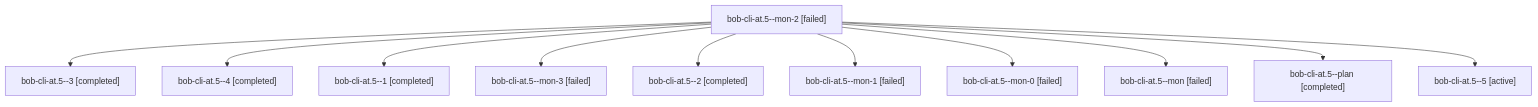
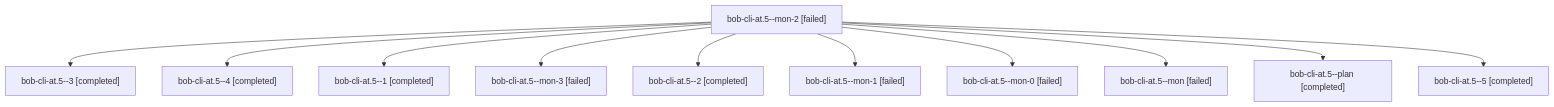
One commit to bobs-org/bob-cli--agents changed the diagram in sessions/bbugyi200.athena.bob-cli-at.5.md. Above: the diagram before and after it, drawn with Mermaid. The commit also changed other lines of this file and 37 other files, not shown here.

````diff
--- a/sessions/bbugyi200.athena.bob-cli-at.5.md
+++ b/sessions/bbugyi200.athena.bob-cli-at.5.md
@@ -9,24 +9,24 @@
 ```mermaid
 flowchart TD
   n0["bob-cli-at.5--mon-2 [failed]"]
   n1["bob-cli-at.5--3 [completed]"]
   n0 --> n1
   n2["bob-cli-at.5--4 [completed]"]
   n0 --> n2
   n3["bob-cli-at.5--1 [completed]"]
   n0 --> n3
   n4["bob-cli-at.5--mon-3 [failed]"]
   n0 --> n4
   n5["bob-cli-at.5--2 [completed]"]
   n0 --> n5
   n6["bob-cli-at.5--mon-1 [failed]"]
   n0 --> n6
   n7["bob-cli-at.5--mon-0 [failed]"]
   n0 --> n7
   n8["bob-cli-at.5--mon [failed]"]
   n0 --> n8
   n9["bob-cli-at.5--plan [completed]"]
   n0 --> n9
-  n10["bob-cli-at.5--5 [active]"]
+  n10["bob-cli-at.5--5 [completed]"]
   n0 --> n10
 ```
````
